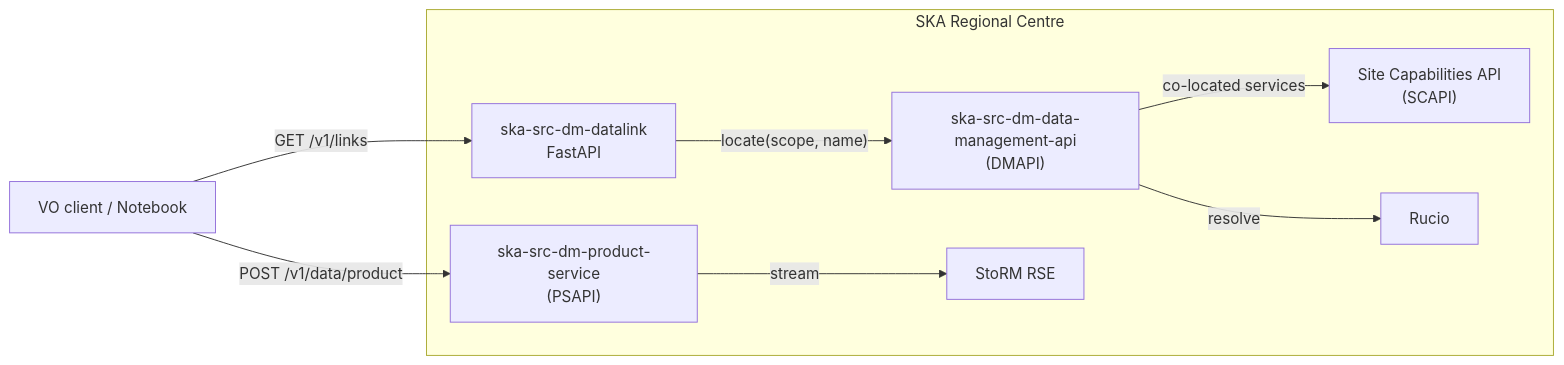
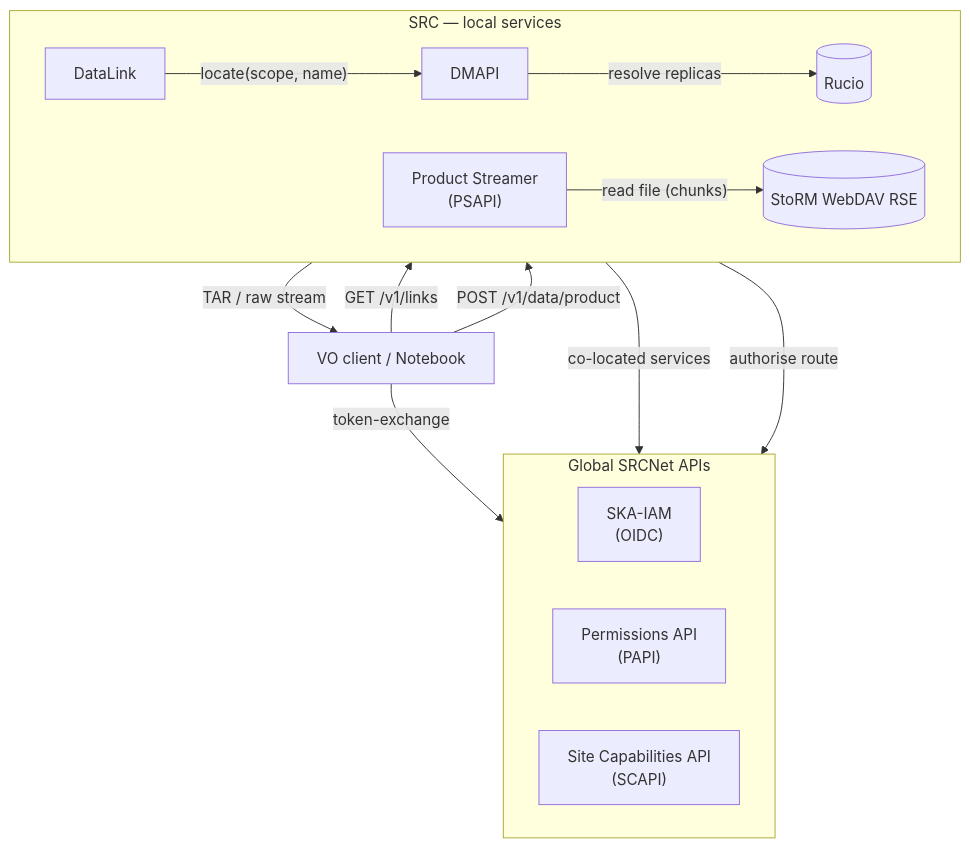
One commit to MicheleDelliVeneri/IVOA-Strasbourg-Product-Streamer changed the second of 3 diagrams in slides.md. Above: the diagram before and after it, drawn with Mermaid. The commit also changed other lines of this file, not shown here.

````diff
--- a/slides.md
+++ b/slides.md
@@ -209,17 +182,32 @@
-```mermaid {scale: 0.78}
-flowchart LR
-  subgraph SRC ["SKA Regional Centre"]
-    DL["ska-src-dm-datalink<br/>FastAPI"]
-    DM["ska-src-dm-data-management-api<br/>(DMAPI)"]
-    PS["ska-src-dm-product-service<br/>(PSAPI)"]
-    SC["Site Capabilities API<br/>(SCAPI)"]
-    R["Rucio"]
-    ST["StoRM RSE"]
+```mermaid {scale: 0.55}
+flowchart TB
+  C["VO client / Notebook"]
+
+  subgraph GLOBAL ["Global SRCNet APIs"]
+    direction LR
+    IAM["SKA-IAM<br/>(OIDC)"]
+    PAPI["Permissions API<br/>(PAPI)"]
+    SCAPI["Site Capabilities API<br/>(SCAPI)"]
   end
-  C["VO client / Notebook"] --"GET /v1/links"--> DL
-  DL --"locate(scope, name)"--> DM
-  DM --"resolve"--> R
-  DM --"co-located services"--> SC
-  C --"POST /v1/data/product"--> PS
-  PS --"stream"--> ST
+
+  subgraph SRC ["SRC — local services"]
+    direction LR
+    DL["DataLink"]
+    DM["DMAPI"]
+    PS["Product Streamer<br/>(PSAPI)"]
+    R[("Rucio")]
+    ST[("StoRM WebDAV RSE")]
+  end
+
+  C -- "token-exchange" --> IAM
+  C -- "GET /v1/links" --> DL
+  C -- "POST /v1/data/product" --> PS
+
+  DL -- "locate(scope, name)" --> DM
+  DM -- "resolve replicas" --> R
+  DM -- "co-located services" --> SCAPI
+
+  PS -- "authorise route" --> PAPI
+  PS -- "read file (chunks)" --> ST
+  PS -- "TAR / raw stream" --> C
 ```
````
